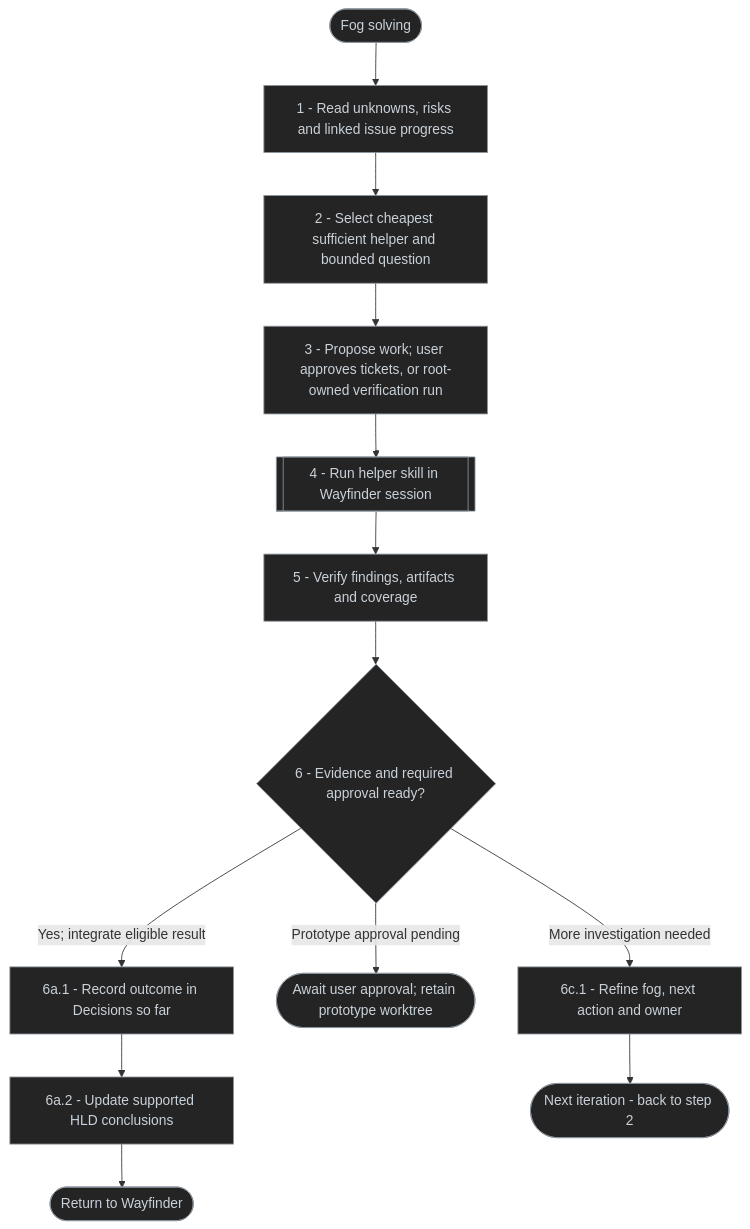
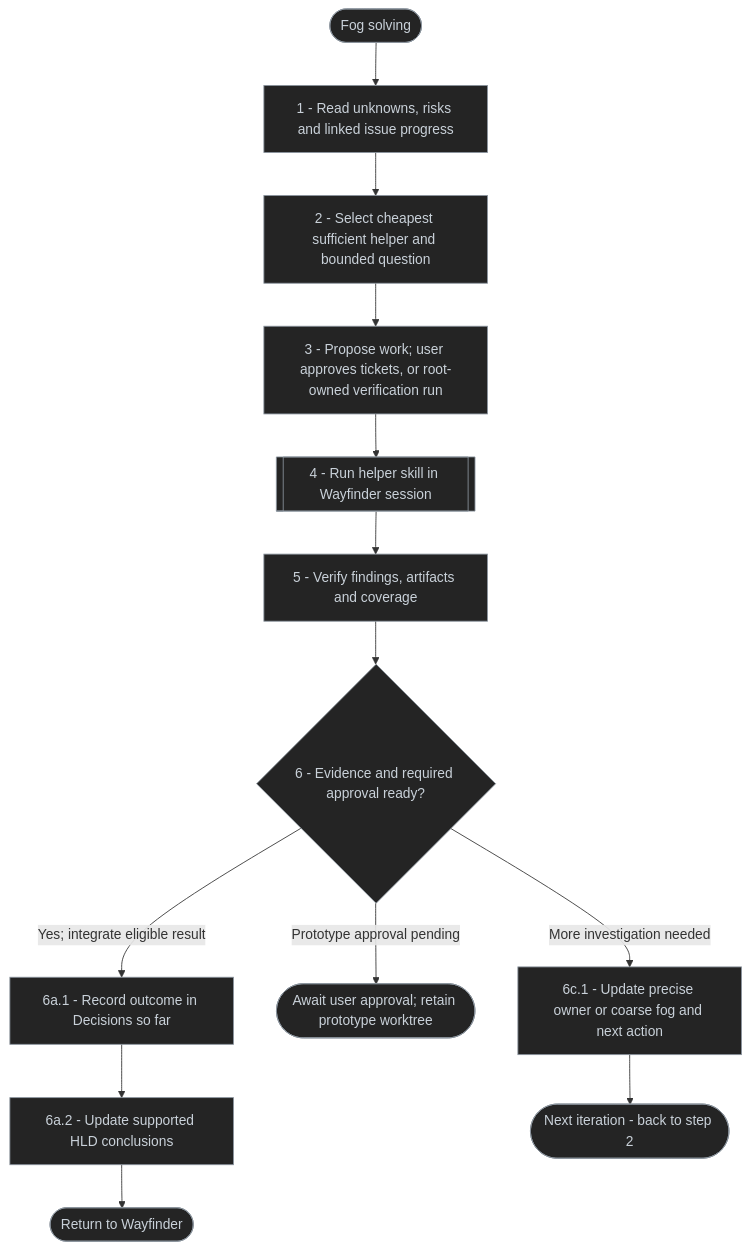
Before and after one commit to antshc/brain: the fourth of 5 diagrams in plugins/wf/skills/design/README.md, drawn with Mermaid. The commit also changed other lines of this file and 16 other files, not shown here.

````diff
--- a/plugins/wf/skills/design/README.md
+++ b/plugins/wf/skills/design/README.md
@@ -97,24 +103,24 @@
 ```mermaid
 %% diagram-id: design-wayfinder-fog-solving-flow
 flowchart TD
     start(["Fog solving"])
     read["1 - Read unknowns, risks and linked issue progress"]
     select["2 - Select cheapest sufficient helper and bounded question"]
     work["3 - Propose work; user approves tickets, or root-owned verification run"]
     spawn[["4 - Run helper skill in Wayfinder session"]]
     verify["5 - Verify findings, artifacts and coverage"]
     outcome{"6 - Evidence and required approval ready?"}
     clear["6a.1 - Record outcome in Decisions so far"]
     update["6a.2 - Update supported HLD conclusions"]
     waitApproval(["Await user approval; retain prototype worktree"])
-    remain["6c.1 - Refine fog, next action and owner"]
+    remain["6c.1 - Update precise owner or coarse fog and next action"]
     repeat(["Next iteration - back to step 2"])
     finish(["Return to Wayfinder"])
 
     start --> read --> select --> work --> spawn --> verify --> outcome
     outcome -- "Yes; integrate eligible result" --> clear --> update --> finish
     outcome -- "Prototype approval pending" --> waitApproval
     outcome -- "More investigation needed" --> remain --> repeat
 
     classDef default fill:#242424,stroke:#8b949e,color:#c9d1d9,stroke-width:1px
 ```
````
